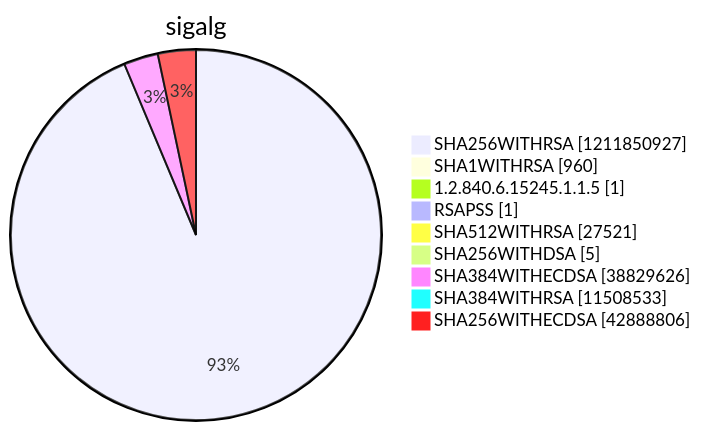
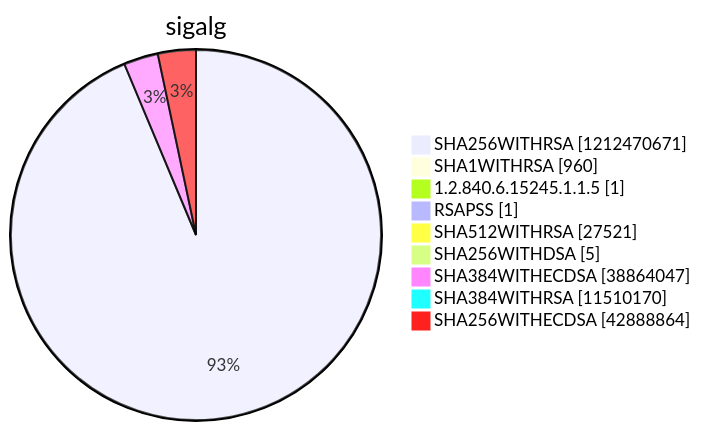
One commit to christiankrug/ctmonitor_visualization changed diagram 15 of 15 in argon2022/README.md. Above: the diagram before and after it, drawn with Mermaid. The commit also changed other lines of this file, not shown here.

````diff
--- a/argon2022/README.md
+++ b/argon2022/README.md
@@ -5520,13 +5520,13 @@
 ```mermaid
 pie showData
 title sigalg
-"SHA256WITHRSA" :1211850927
+"SHA256WITHRSA" :1212470671
 "SHA1WITHRSA" :960
 "1.2.840.6.15245.1.1.5" :1
 "RSAPSS" :1
 "SHA512WITHRSA" :27521
 "SHA256WITHDSA" :5
-"SHA384WITHECDSA" :38829626
-"SHA384WITHRSA" :11508533
-"SHA256WITHECDSA" :42888806
+"SHA384WITHECDSA" :38864047
+"SHA384WITHRSA" :11510170
+"SHA256WITHECDSA" :42888864
 ```
````
